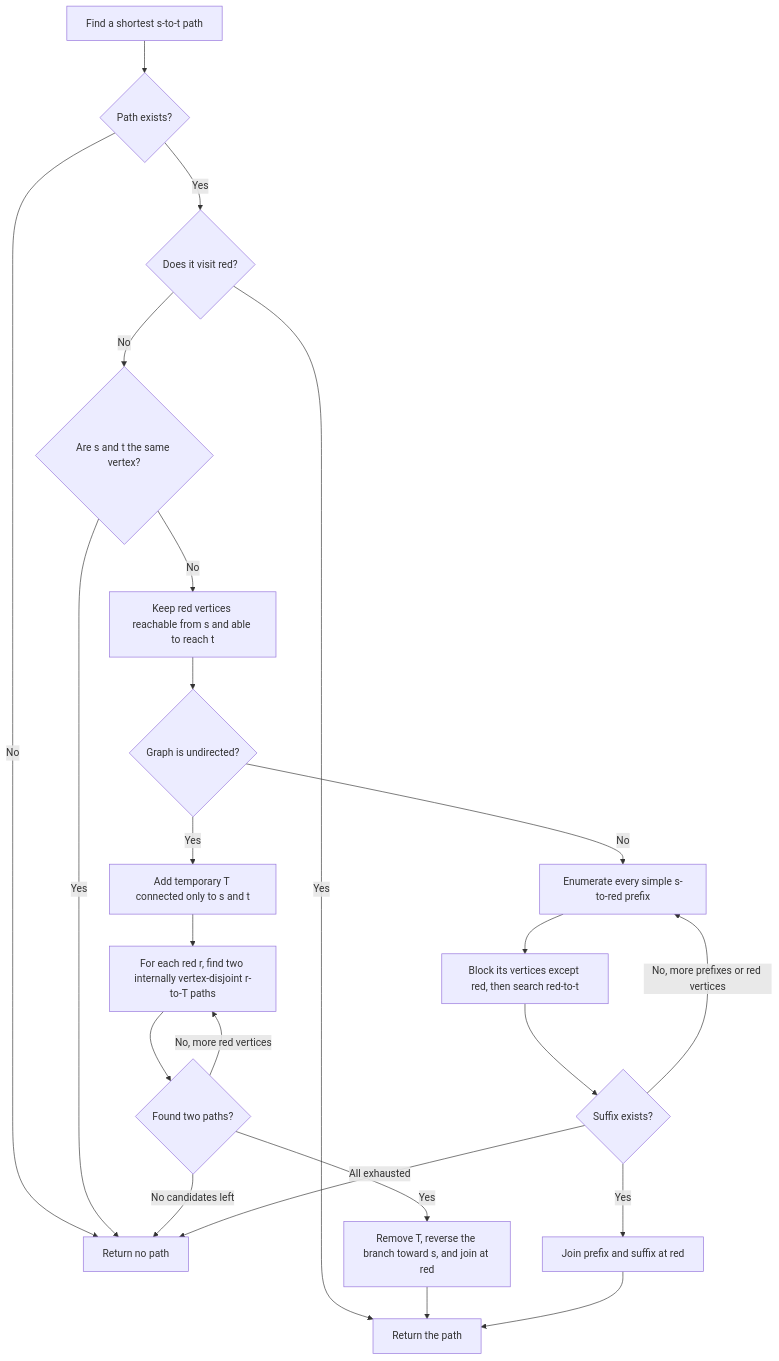
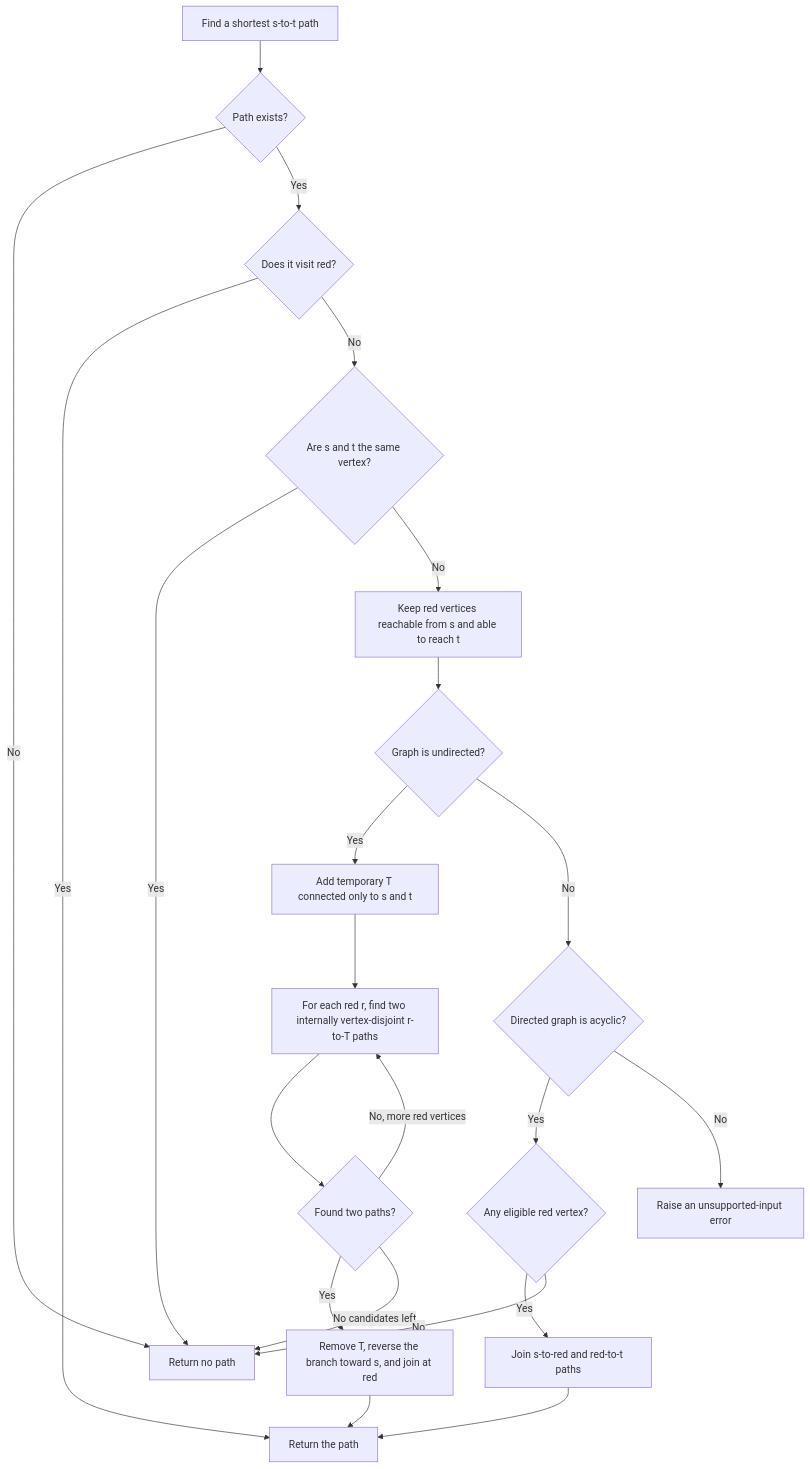
The diagram in visualisations for Some/SomeViz.md (4Lili4/RedScare2026), drawn with Mermaid before and after one commit. The commit also changed other lines of this file and 8 other files, not shown here.

````diff
--- a/visualisations for Some/SomeViz.md
+++ b/visualisations for Some/SomeViz.md
@@ -6,25 +6,24 @@
 ```mermaid
 flowchart TD
     A[Find a shortest s-to-t path] --> B{Path exists?}
     B -- No --> N[Return no path]
     B -- Yes --> C{Does it visit red?}
     C -- Yes --> Y[Return the path]
     C -- No --> D{Are s and t the same vertex?}
     D -- Yes --> N
     D -- No --> E[Keep red vertices reachable from s and able to reach t]
     E --> F{Graph is undirected?}
     F -- Yes --> G[Add temporary T connected only to s and t]
     G --> H[For each red r, find two internally vertex-disjoint r-to-T paths]
     H --> I{Found two paths?}
     I -- Yes --> J[Remove T, reverse the branch toward s, and join at red]
     J --> Y
     I -- No, more red vertices --> H
     I -- No candidates left --> N
-    F -- No --> K[Enumerate every simple s-to-red prefix]
-    K --> L[Block its vertices except red, then search red-to-t]
-    L --> M{Suffix exists?}
-    M -- Yes --> O[Join prefix and suffix at red]
-    O --> Y
-    M -- No, more prefixes or red vertices --> K
-    M -- All exhausted --> N
+    F -- No --> P{Directed graph is acyclic?}
+    P -- Yes --> Q{Any eligible red vertex?}
+    Q -- Yes --> R[Join s-to-red and red-to-t paths]
+    R --> Y
+    Q -- No --> N
+    P -- No --> K[Raise an unsupported-input error]
 ```
````
